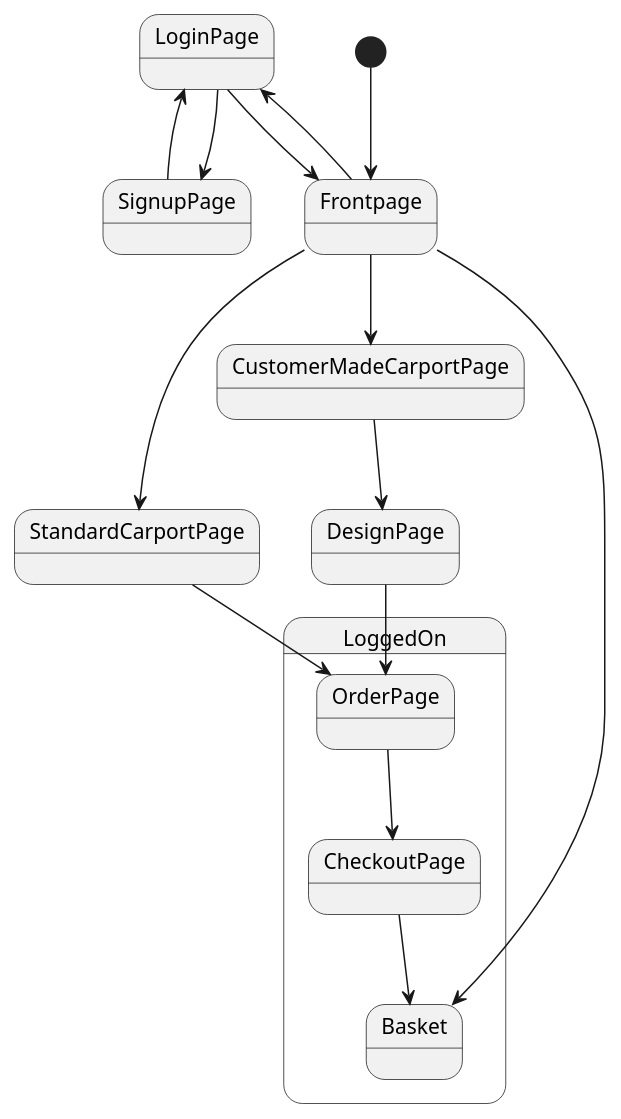
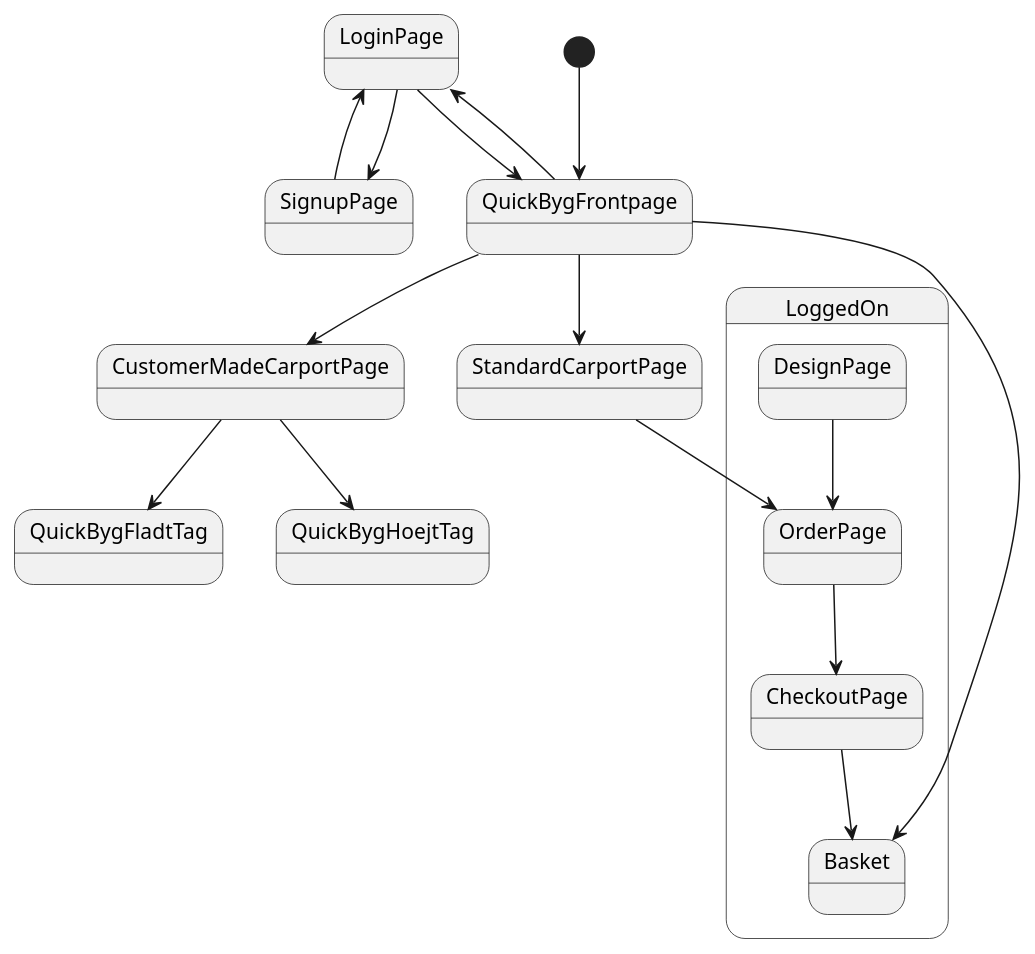
One commit to cphmk/Semesterprojekt---Fog-Carport changed the diagram in NavigationsDiagram.puml. Above: the diagram before and after it, drawn with PlantUML. The commit also changed 1 other file, not shown here.

```diff
--- a/NavigationsDiagram.puml
+++ b/NavigationsDiagram.puml
@@ -1,25 +1,26 @@
 @startuml
 'https://plantuml.com/activity-diagram-beta
 
-[*] --> Frontpage
-Frontpage --> StandardCarportPage
-Frontpage --> LoginPage
-LoginPage --> Frontpage
-Frontpage --> CustomerMadeCarportPage
+[*] --> QuickBygFrontpage
+QuickBygFrontpage --> StandardCarportPage
+QuickBygFrontpage --> LoginPage
+LoginPage --> QuickBygFrontpage
+QuickBygFrontpage --> CustomerMadeCarportPage
 LoginPage --> SignupPage
 LoginPage <-- SignupPage
-CustomerMadeCarportPage -->  DesignPage
+CustomerMadeCarportPage -->  QuickBygFladtTag
+CustomerMadeCarportPage --> QuickBygHoejtTag
 
 
 
 
 state LoggedOn {
-Frontpage --> Basket
+QuickBygFrontpage --> Basket
 StandardCarportPage --> OrderPage
 DesignPage --> OrderPage
 OrderPage --> CheckoutPage
 CheckoutPage --> Basket
 
 }
 
 @enduml
```
